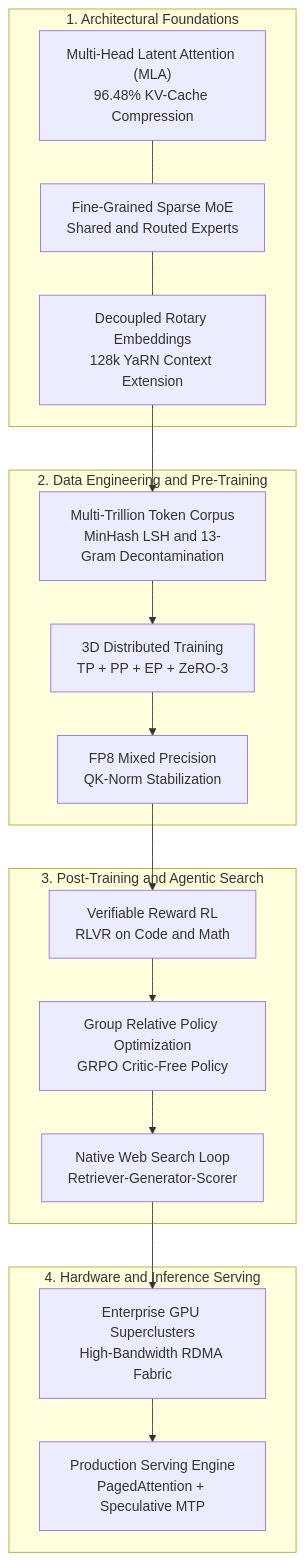
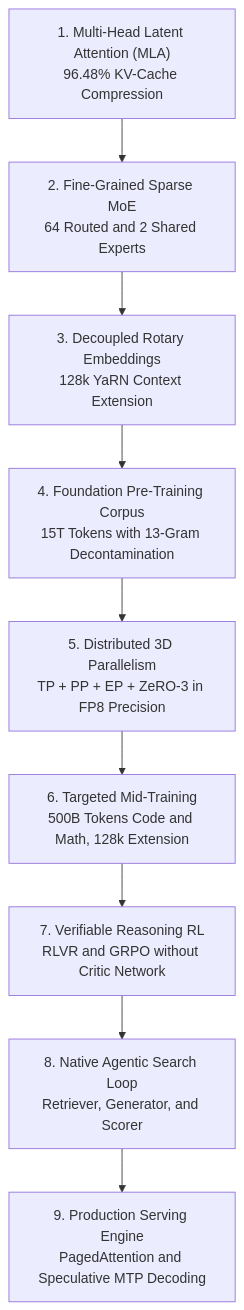
The first of 2 diagrams in README.md (Ashutosh0x/frontier-llm-from-scratch), drawn with Mermaid before and after one commit. The commit also changed other lines of this file and 1 other file, not shown here.

Commit message:
docs: add tech stack icons and badges table to README, replace all flowchart with GitHub-safe graph TD syntax

````diff
--- a/README.md
+++ b/README.md
@@ -67,36 +90,11 @@
 ```mermaid
-flowchart TD
-    subgraph CoreFoundations ["1. Architectural Foundations"]
-        A["Multi-Head Latent Attention (MLA)<br>96.48% KV-Cache Compression"]
-        B["Fine-Grained Sparse MoE<br>Shared and Routed Experts"]
-        C["Decoupled Rotary Embeddings<br>128k YaRN Context Extension"]
-        A --- B
-        B --- C
-    end
-
-    subgraph DataAndPretraining ["2. Data Engineering and Pre-Training"]
-        D["Multi-Trillion Token Corpus<br>MinHash LSH and 13-Gram Decontamination"]
-        E["3D Distributed Training<br>TP + PP + EP + ZeRO-3"]
-        F["FP8 Mixed Precision<br>QK-Norm Stabilization"]
-        D --> E
-        E --> F
-    end
-
-    subgraph ReasoningAndSearch ["3. Post-Training and Agentic Search"]
-        G["Verifiable Reward RL<br>RLVR on Code and Math"]
-        H["Group Relative Policy Optimization<br>GRPO Critic-Free Policy"]
-        I["Native Web Search Loop<br>Retriever-Generator-Scorer"]
-        G --> H
-        H --> I
-    end
-
-    subgraph ServingInfrastructure ["4. Hardware and Inference Serving"]
-        J["Enterprise GPU Superclusters<br>High-Bandwidth RDMA Fabric"]
-        K["Production Serving Engine<br>PagedAttention + Speculative MTP"]
-        J --> K
-    end
-
-    C --> D
-    F --> G
-    I --> J
+graph TD
+    A["1. Multi-Head Latent Attention (MLA)<br>96.48% KV-Cache Compression"] --> B["2. Fine-Grained Sparse MoE<br>64 Routed and 2 Shared Experts"]
+    B --> C["3. Decoupled Rotary Embeddings<br>128k YaRN Context Extension"]
+    C --> D["4. Foundation Pre-Training Corpus<br>15T Tokens with 13-Gram Decontamination"]
+    D --> E["5. Distributed 3D Parallelism<br>TP + PP + EP + ZeRO-3 in FP8 Precision"]
+    E --> F["6. Targeted Mid-Training<br>500B Tokens Code and Math, 128k Extension"]
+    F --> G["7. Verifiable Reasoning RL<br>RLVR and GRPO without Critic Network"]
+    G --> H["8. Native Agentic Search Loop<br>Retriever, Generator, and Scorer"]
+    H --> I["9. Production Serving Engine<br>PagedAttention and Speculative MTP Decoding"]
 ```
````
